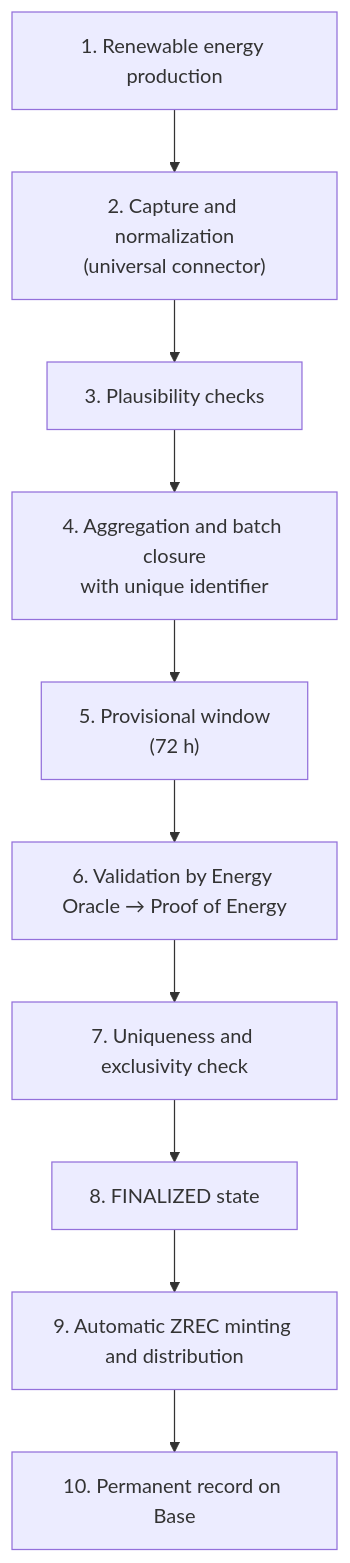
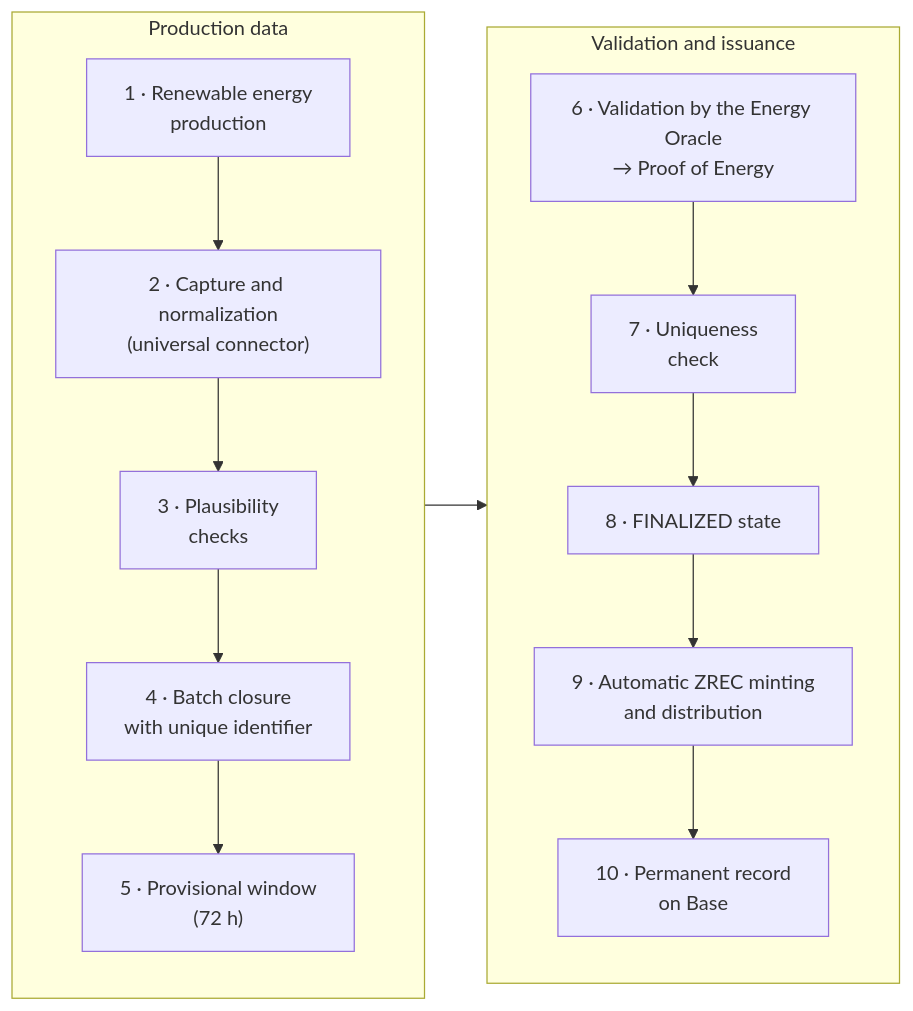
Before and after one commit to blockvault-ai/zero-energy: the fifth of 5 diagrams in docs/infra/01-proof-of-energy.md, drawn with Mermaid. The commit also changed other lines of this file, not shown here.

````diff
--- a/docs/infra/01-proof-of-energy.md
+++ b/docs/infra/01-proof-of-energy.md
@@ -109,12 +123,18 @@
 ```mermaid
-flowchart TD
-    A[1. Renewable energy production] --> B["2. Capture and normalization<br/>(universal connector)"]
-    B --> C[3. Plausibility checks]
-    C --> D["4. Aggregation and batch closure<br/>with unique identifier"]
-    D --> E["5. Provisional window<br/>(72 h)"]
-    E --> F["6. Validation by Energy Oracle → Proof of Energy"]
-    F --> G[7. Uniqueness and exclusivity check]
-    G --> H[8. FINALIZED state]
-    H --> I[9. Automatic ZREC minting and distribution]
-    I --> J[10. Permanent record on Base]
+flowchart LR
+    subgraph DATA["Production data"]
+    direction TB
+    A["1 · Renewable energy<br/>production"] --> B["2 · Capture and normalization<br/>(universal connector)"]
+    B --> C["3 · Plausibility<br/>checks"]
+    C --> D["4 · Batch closure<br/>with unique identifier"]
+    D --> E["5 · Provisional window<br/>(72 h)"]
+    end
+    subgraph ISSUANCE["Validation and issuance"]
+    direction TB
+    F["6 · Validation by the Energy Oracle<br/>→ Proof of Energy"] --> G["7 · Uniqueness<br/>check"]
+    G --> H["8 · FINALIZED state"]
+    H --> I["9 · Automatic ZREC minting<br/>and distribution"]
+    I --> J["10 · Permanent record<br/>on Base"]
+    end
+    DATA --> ISSUANCE
 ```
````
